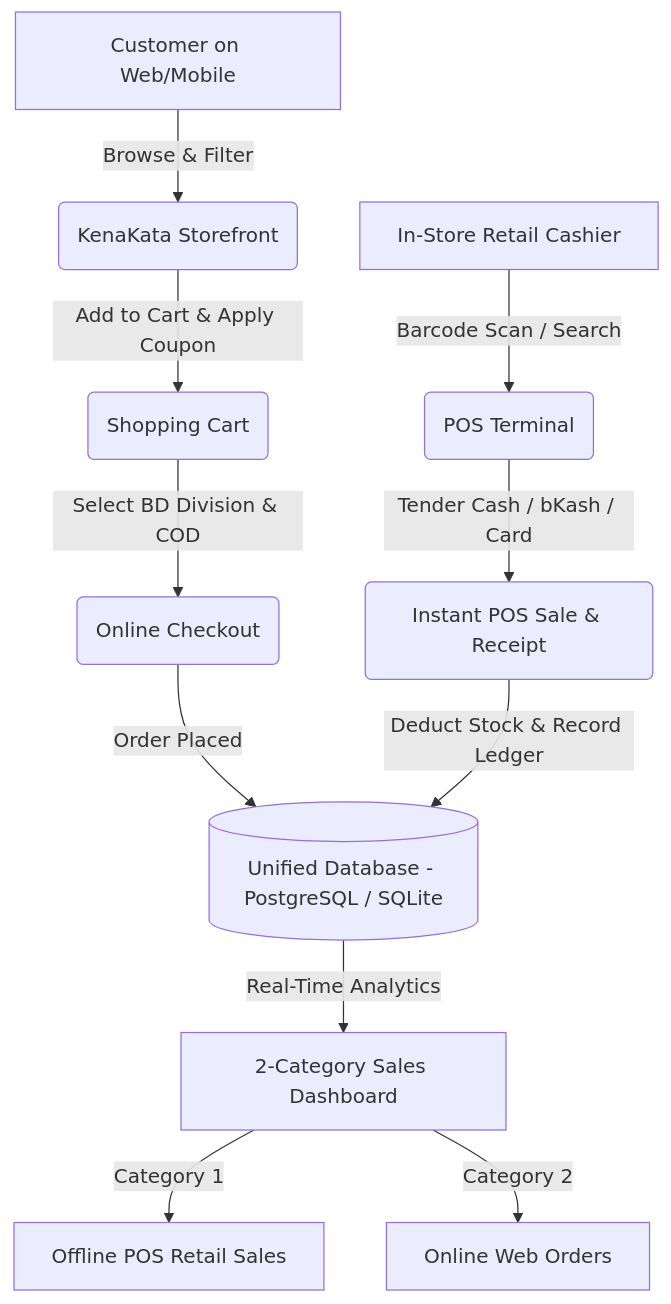
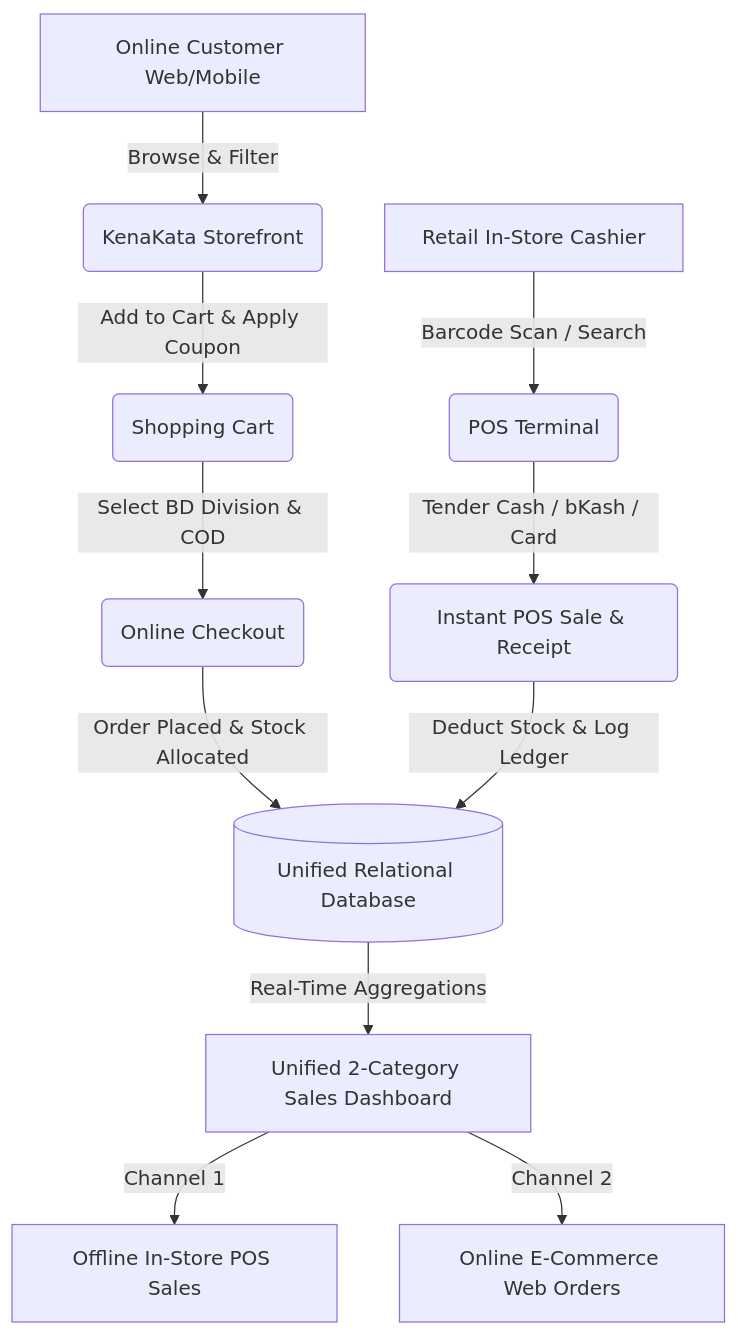
One commit to sazzadhossainsakib13/kenakata changed the diagram in README.md. Above: the diagram before and after it, drawn with Mermaid. The commit also changed other lines of this file, not shown here.

````diff
--- a/README.md
+++ b/README.md
@@ -60,15 +74,15 @@
 ```mermaid
 graph TD
-    A[Customer on Web/Mobile] -->|Browse & Filter| B(KenaKata Storefront)
+    A[Online Customer Web/Mobile] -->|Browse & Filter| B(KenaKata Storefront)
     B -->|Add to Cart & Apply Coupon| C(Shopping Cart)
     C -->|Select BD Division & COD| D(Online Checkout)
-    D -->|Order Placed| E[(Unified Database - PostgreSQL / SQLite)]
+    D -->|Order Placed & Stock Allocated| E[(Unified Relational Database)]
 
-    F[In-Store Retail Cashier] -->|Barcode Scan / Search| G(POS Terminal)
+    F[Retail In-Store Cashier] -->|Barcode Scan / Search| G(POS Terminal)
     G -->|Tender Cash / bKash / Card| H(Instant POS Sale & Receipt)
-    H -->|Deduct Stock & Record Ledger| E
+    H -->|Deduct Stock & Log Ledger| E
 
-    E -->|Real-Time Analytics| I[2-Category Sales Dashboard]
-    I -->|Category 1| J[Offline POS Retail Sales]
-    I -->|Category 2| K[Online Web Orders]
+    E -->|Real-Time Aggregations| I[Unified 2-Category Sales Dashboard]
+    I -->|Channel 1| J[Offline In-Store POS Sales]
+    I -->|Channel 2| K[Online E-Commerce Web Orders]
 ```
````
